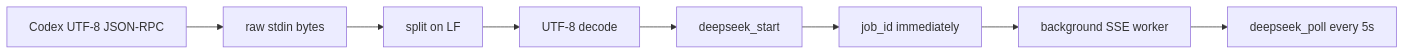
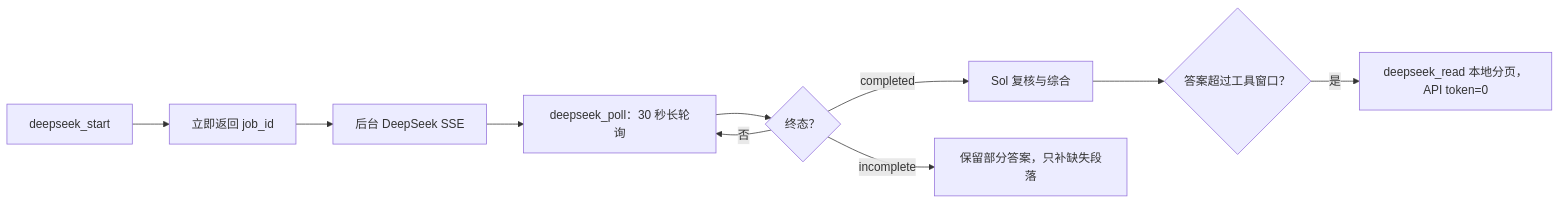
The second of 2 diagrams in README.md (Master-1st/codex-deepseek-visible-stream), drawn with Mermaid before and after one commit. The commit also changed other lines of this file and 11 other files, not shown here.

First line of the commit message:
Release DeepSeek Codex Router 3.4

````diff
--- a/README.md
+++ b/README.md
@@ -21,10 +53,12 @@
 ```mermaid
 flowchart LR
-    A["Codex UTF-8 JSON-RPC"] --> B["raw stdin bytes"]
-    B --> C["split on LF"]
-    C --> D["UTF-8 decode"]
-    D --> E["deepseek_start"]
-    E --> F["job_id immediately"]
-    F --> G["background SSE worker"]
-    G --> H["deepseek_poll every 5s"]
+    A["deepseek_start"] --> B["立即返回 job_id"]
+    B --> C["后台 DeepSeek SSE"]
+    C --> D["deepseek_poll：30 秒长轮询"]
+    D --> E{"终态？"}
+    E -- "否" --> D
+    E -- "completed" --> F["Sol 复核与综合"]
+    E -- "incomplete" --> G["保留部分答案，只补缺失段落"]
+    F --> H{"答案超过工具窗口？"}
+    H -- "是" --> I["deepseek_read 本地分页，API token=0"]
 ```
````
